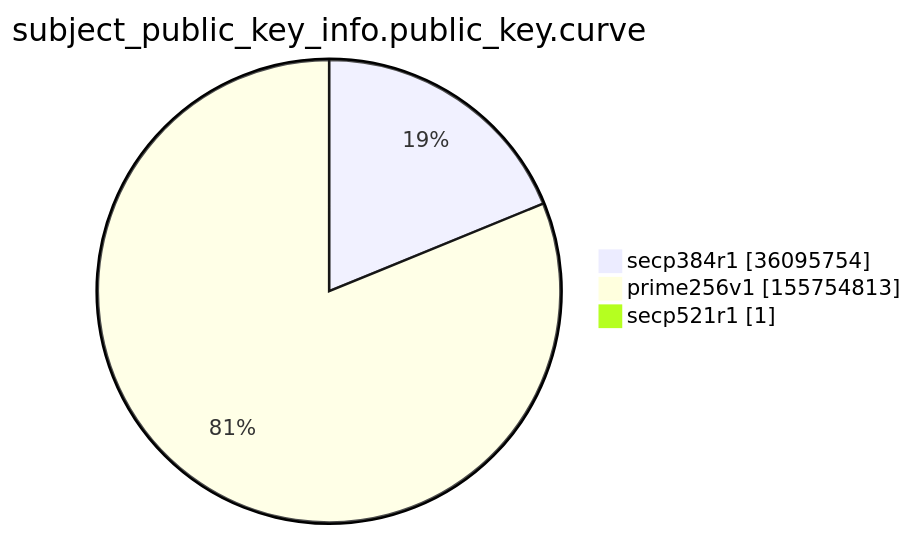
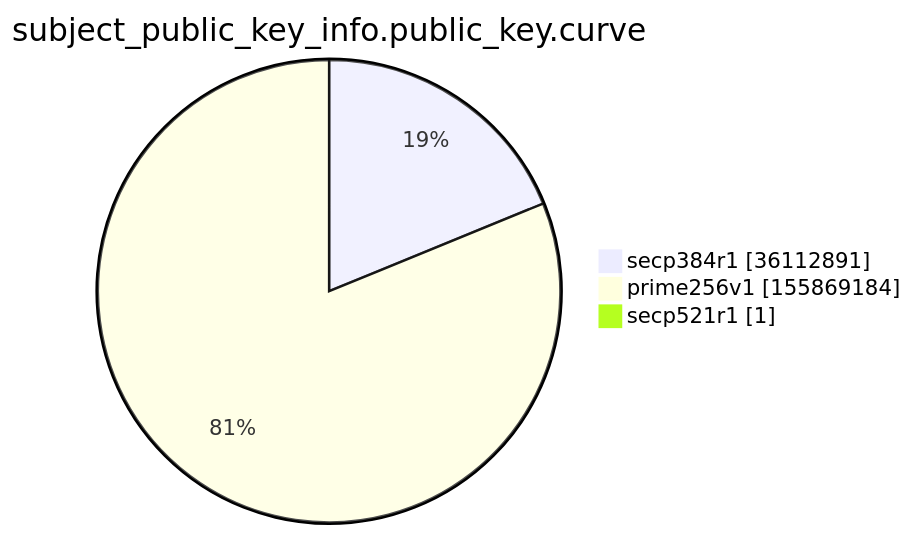
Before and after one commit to christiankrug/ctmonitor_visualization: the ninth of 15 diagrams in argon2022/README.md, drawn with Mermaid. The commit also changed other lines of this file, not shown here.

````diff
--- a/argon2022/README.md
+++ b/argon2022/README.md
@@ -2766,7 +2766,7 @@
 ```mermaid
 pie showData
 title subject_public_key_info.public_key.curve
-"secp384r1" :36095754
-"prime256v1" :155754813
+"secp384r1" :36112891
+"prime256v1" :155869184
 "secp521r1" :1
 ```
````
